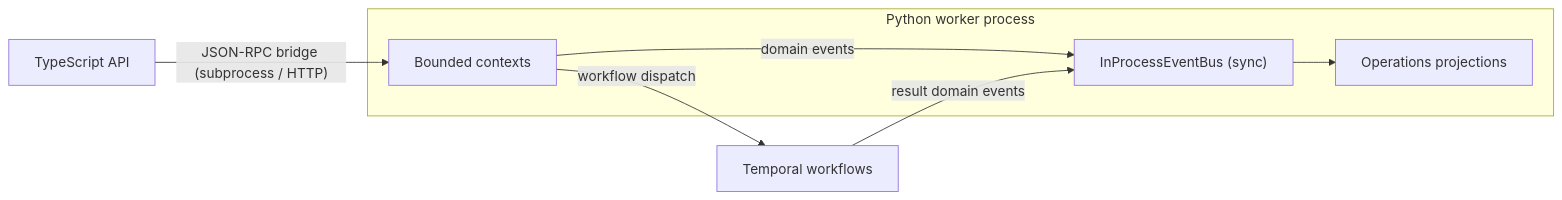
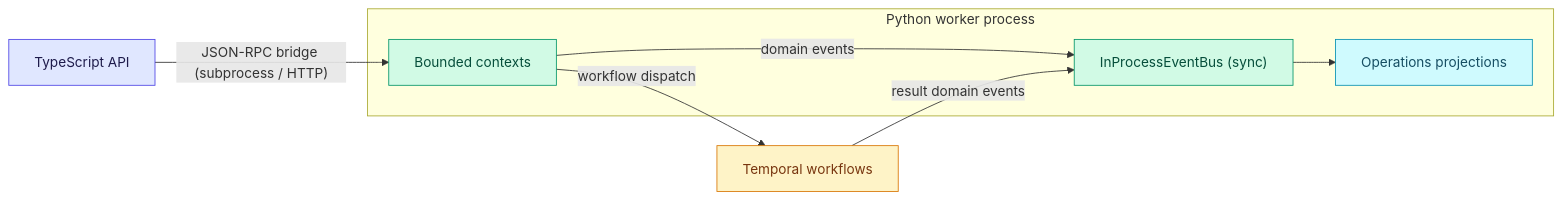
Before and after one commit to ebarti/JobCtrl: the first of 2 diagrams in docs/architecture/domain-model/integration.md, drawn with Mermaid. The commit also changed other lines of this file and 19 other files, not shown here.

````diff
--- a/docs/architecture/domain-model/integration.md
+++ b/docs/architecture/domain-model/integration.md
@@ -13,10 +13,19 @@
 ```mermaid
 flowchart LR
     subgraph "Python worker process"
         Ctx["Bounded contexts"] -->|"domain events"| Bus["InProcessEventBus (sync)"]
         Bus --> Proj["Operations projections"]
     end
     Api["TypeScript API"] -->|"JSON-RPC bridge (subprocess / HTTP)"| Ctx
     Ctx -->|"workflow dispatch"| Temporal["Temporal workflows"]
     Temporal -->|"result domain events"| Bus
+
+    classDef ts fill:#e0e7ff,stroke:#4f46e5,color:#1e1b4b
+    classDef py fill:#d1fae5,stroke:#059669,color:#064e3b
+    classDef infra fill:#fef3c7,stroke:#d97706,color:#78350f
+    classDef store fill:#cffafe,stroke:#0891b2,color:#164e63
+    class Ctx,Bus py
+    class Api ts
+    class Temporal infra
+    class Proj store
 ```
````
